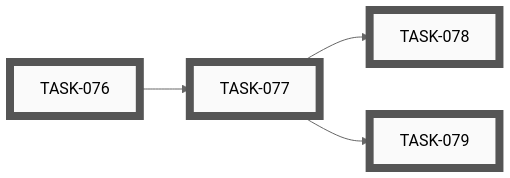
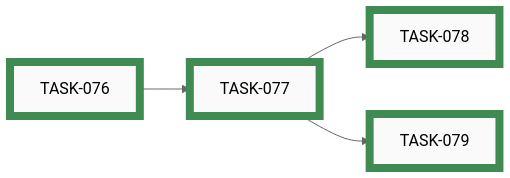
One commit to tgd1975/CircuitSmith changed the tenth of 11 diagrams in docs/developers/tasks/EPICS.md. Above: the diagram before and after it, drawn with Mermaid (neutral theme). The commit also changed other lines of this file and 72 other files, not shown here.

````diff
--- a/docs/developers/tasks/EPICS.md
+++ b/docs/developers/tasks/EPICS.md
@@ -609,22 +614,22 @@
 ```mermaid
 graph LR
-    TASK_076["TASK-076"]:::open
-    TASK_077["TASK-077"]:::open
-    TASK_078["TASK-078"]:::open
-    TASK_079["TASK-079"]:::open
+    TASK_076["TASK-076"]:::closed
+    TASK_077["TASK-077"]:::closed
+    TASK_078["TASK-078"]:::closed
+    TASK_079["TASK-079"]:::closed
     TASK_076 --> TASK_077
     TASK_077 --> TASK_078
     TASK_077 --> TASK_079
-    click TASK_076 "open/task-076-write-adr-0012-supersede-adr-0007.md"
-    click TASK_077 "open/task-077-atomic-relocation-to-src-circuitsmith.md"
-    click TASK_078 "open/task-078-update-agent-facing-surface.md"
-    click TASK_079 "open/task-079-repo-docs-sweep-and-changelog.md"
+    click TASK_076 "closed/task-076-write-adr-0012-supersede-adr-0007.md"
+    click TASK_077 "closed/task-077-atomic-relocation-to-src-circuitsmith.md"
+    click TASK_078 "closed/task-078-update-agent-facing-surface.md"
+    click TASK_079 "closed/task-079-repo-docs-sweep-and-changelog.md"
     classDef open    fill:#FAFAFA,stroke:#555,stroke-width:8px,color:#000
     classDef active  fill:#FAFAFA,stroke:#1A6FA8,stroke-width:8px,color:#000
     classDef closed  fill:#FAFAFA,stroke:#3F8B53,stroke-width:8px,color:#000
     classDef paused  fill:#FAFAFA,stroke:#B07810,stroke-width:8px,color:#000
     classDef openExt    fill:#000,stroke:#888,stroke-width:8px,color:#FFF
     classDef activeExt  fill:#000,stroke:#3FA9F5,stroke-width:8px,color:#FFF
     classDef closedExt  fill:#000,stroke:#7CC68A,stroke-width:8px,color:#FFF
     classDef pausedExt  fill:#000,stroke:#F0B030,stroke-width:8px,color:#FFF
 ```
````
